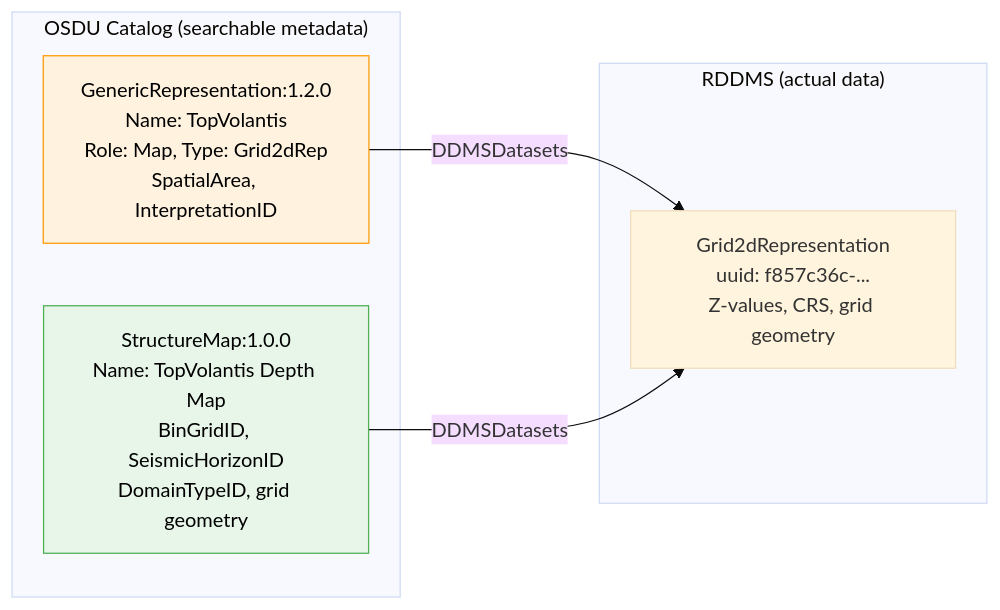
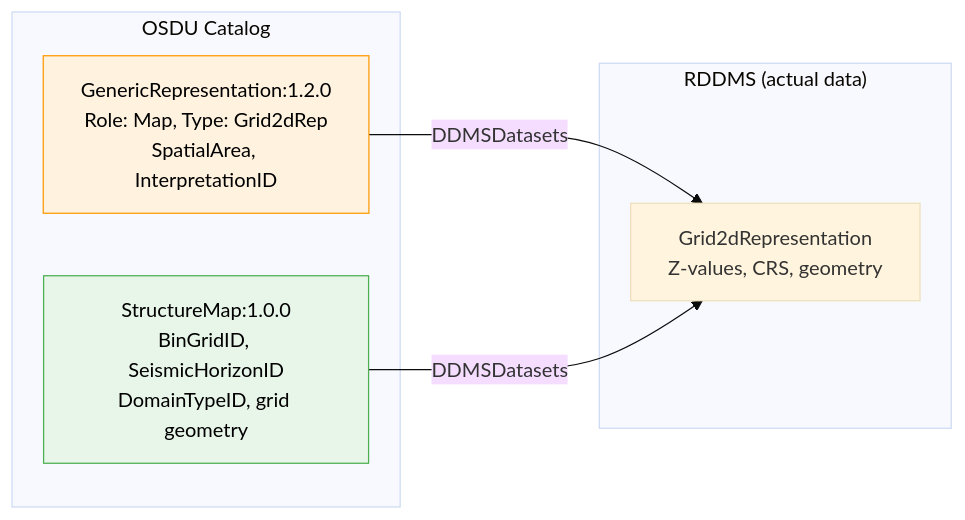
One commit to marcusapel/ores changed the seventh of 8 diagrams in md/SeisInt.md. Above: the diagram before and after it, drawn with Mermaid (base theme). The commit also changed other lines of this file and 36 other files, not shown here.

````diff
--- a/md/SeisInt.md
+++ b/md/SeisInt.md
@@ -1245,14 +459,14 @@
 ```mermaid
 flowchart LR
     subgraph RDDMS["RDDMS (actual data)"]
-        G2D["Grid2dRepresentation<br/>uuid: f857c36c-...<br/>Z-values, CRS, grid geometry"]
+        G2D["Grid2dRepresentation<br/>Z-values, CRS, geometry"]
     end
-    subgraph OSDU["OSDU Catalog (searchable metadata)"]
-        GR["GenericRepresentation:1.2.0<br/>Name: TopVolantis<br/>Role: Map, Type: Grid2dRep<br/>SpatialArea, InterpretationID"]
-        SM["StructureMap:1.0.0<br/>Name: TopVolantis Depth Map<br/>BinGridID, SeismicHorizonID<br/>DomainTypeID, grid geometry"]
+    subgraph OSDU["OSDU Catalog"]
+        GR["GenericRepresentation:1.2.0<br/>Role: Map, Type: Grid2dRep<br/>SpatialArea, InterpretationID"]
+        SM["StructureMap:1.0.0<br/>BinGridID, SeismicHorizonID<br/>DomainTypeID, grid geometry"]
     end
     GR -->|DDMSDatasets| G2D
     SM -->|DDMSDatasets| G2D
     style GR fill:#fff3e0,stroke:#ff9800,color:#000
     style SM fill:#e8f5e9,stroke:#4caf50,color:#000
 ```
````
